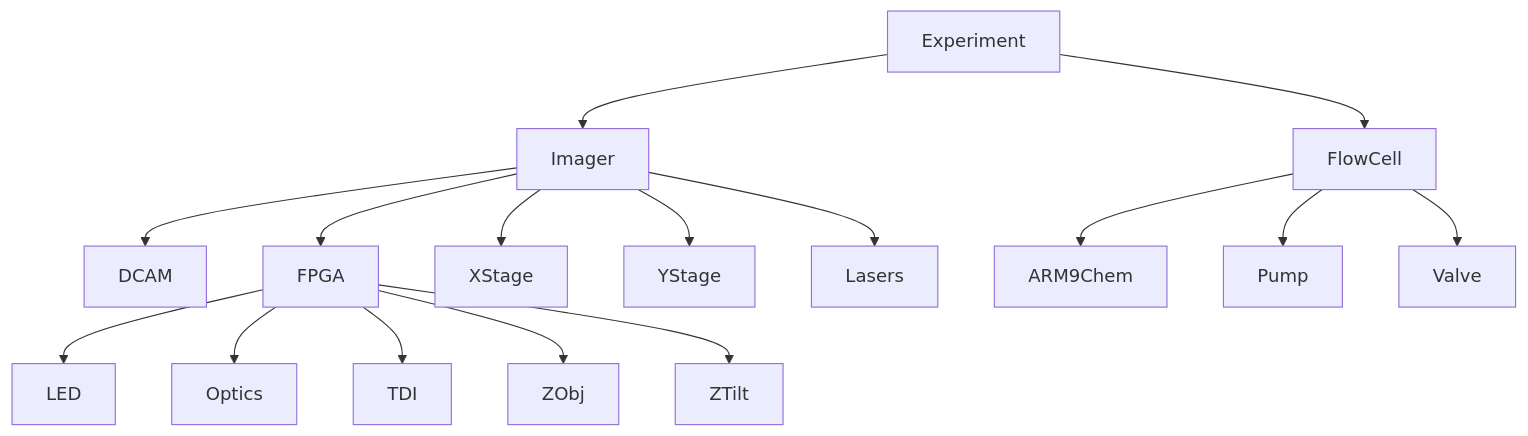
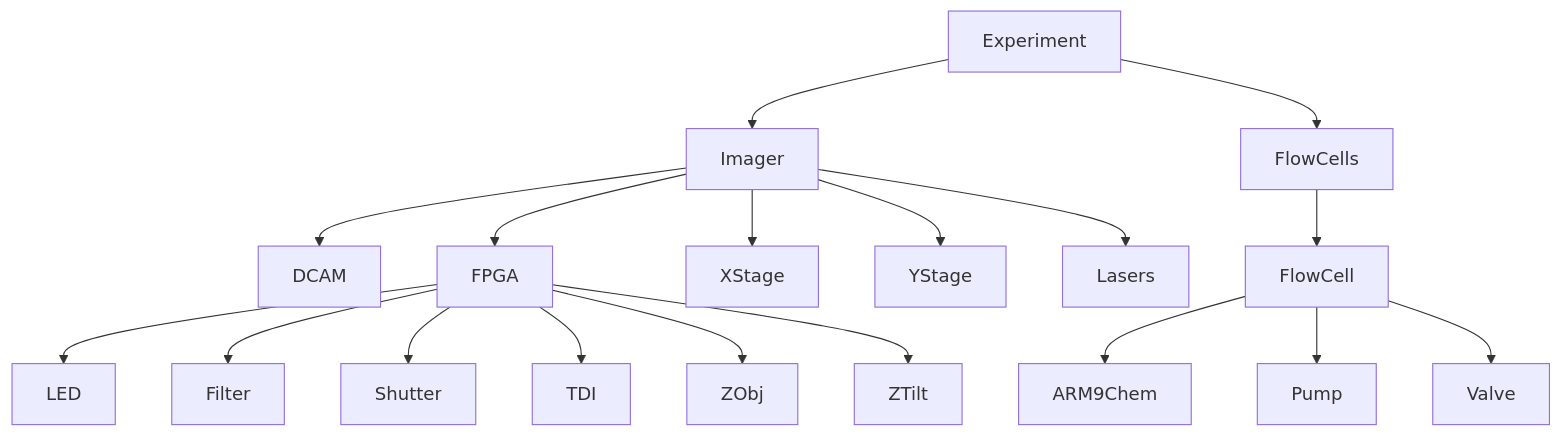
Before and after one commit to chaichontat/pyseq2501: the diagram in README.md, drawn with Mermaid.

````diff
--- a/README.md
+++ b/README.md
@@ -31,18 +31,20 @@
 ```mermaid
   graph TD;
       Experiment-->Imager;
-      Experiment-->FlowCell;
+      Experiment-->FlowCells;
       Imager-->DCAM;
       Imager-->FPGA;
       Imager-->XStage;
       Imager-->YStage;
       Imager-->Lasers;
       FPGA-->LED;
-      FPGA-->Optics;
+      FPGA-->Filter;
+      FPGA-->Shutter;
       FPGA-->TDI;
       FPGA-->ZObj;
       FPGA-->ZTilt;
+      FlowCells-->FlowCell
       FlowCell-->ARM9Chem;
       FlowCell-->Pump;
       FlowCell-->Valve;
 ```
````
